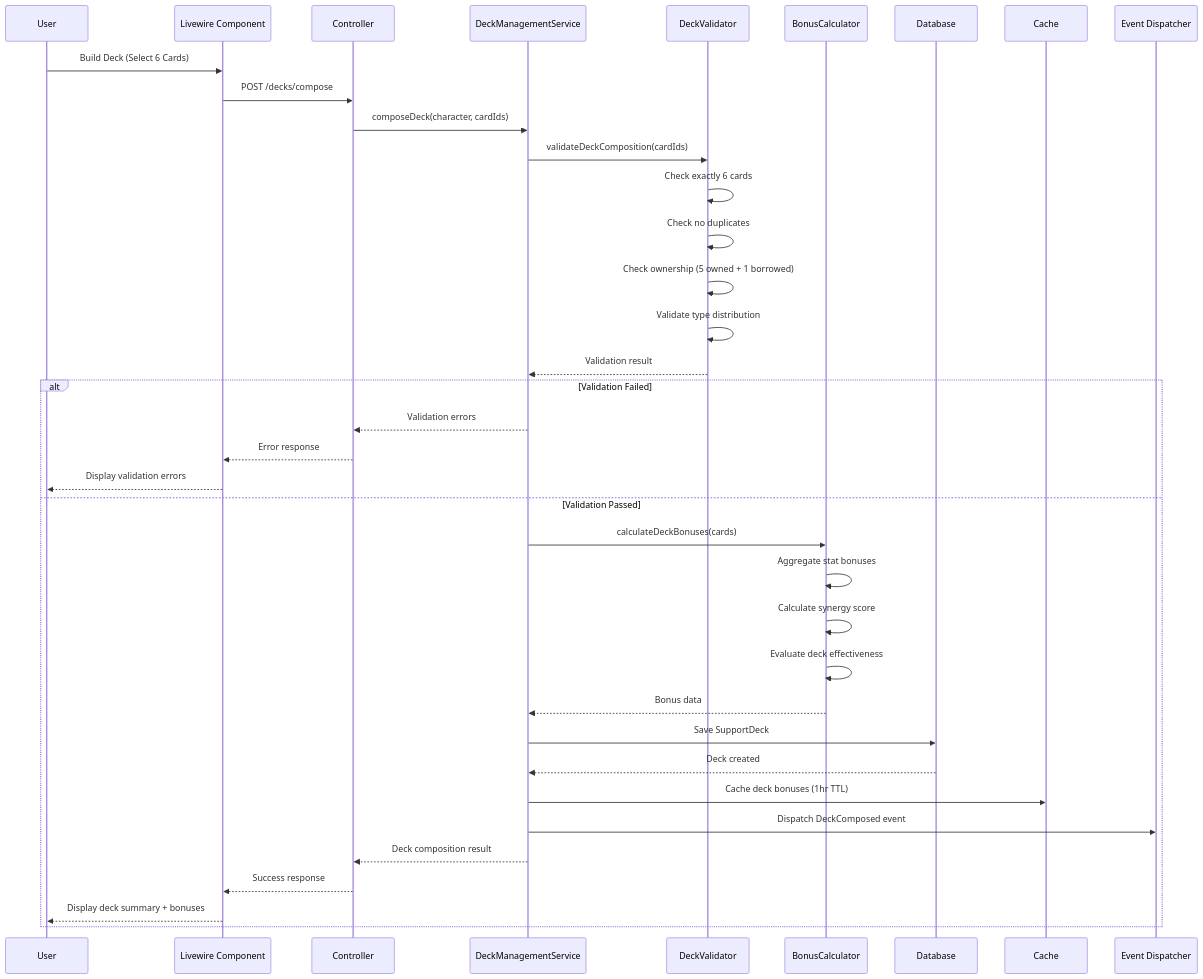
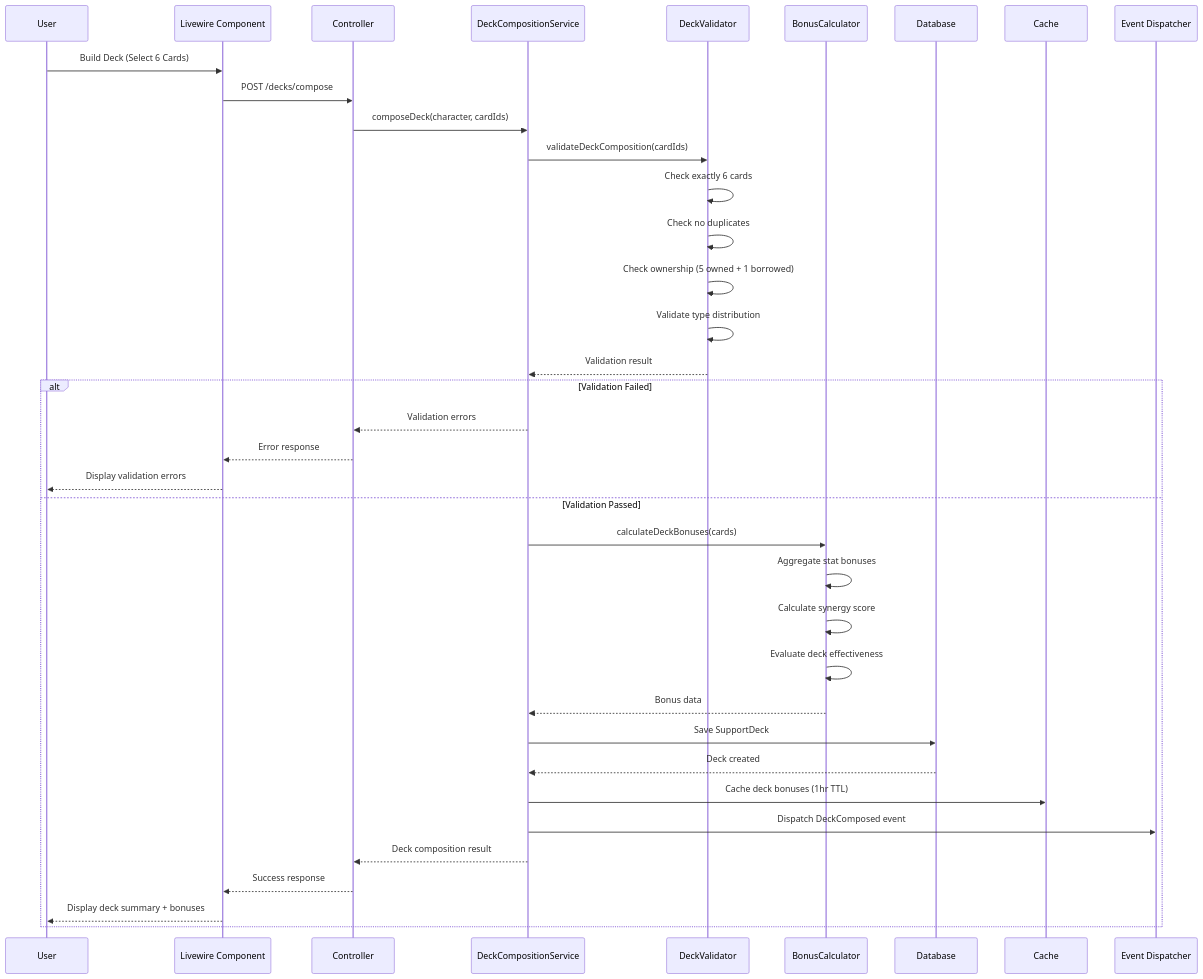
One commit to exatfrds67/umamusume-career-planner changed the second of 7 diagrams in docs/01-tech-flow/TECH-FLOW-005_Support_Card_Management_Flow.md. Above: the diagram before and after it, drawn with Mermaid. The commit also changed other lines of this file and 58 other files, not shown here.

Commit message:
docs(flow): fix markdownlint errors in diagrams, flows, sequences, tech-flow, user-flows, and wireframes

````diff
--- a/docs/01-tech-flow/TECH-FLOW-005_Support_Card_Management_Flow.md
+++ b/docs/01-tech-flow/TECH-FLOW-005_Support_Card_Management_Flow.md
@@ -130,45 +130,45 @@
 ```mermaid
 sequenceDiagram
     participant User
     participant UI as Livewire Component
     participant Controller
-    participant Service as DeckManagementService
+    participant Service as DeckCompositionService
     participant Validator as DeckValidator
     participant Calculator as BonusCalculator
     participant DB as Database
     participant Cache
     participant Event as Event Dispatcher
 
     User->>UI: Build Deck (Select 6 Cards)
     UI->>Controller: POST /decks/compose
     Controller->>Service: composeDeck(character, cardIds)
     
     Service->>Validator: validateDeckComposition(cardIds)
     Validator->>Validator: Check exactly 6 cards
     Validator->>Validator: Check no duplicates
     Validator->>Validator: Check ownership (5 owned + 1 borrowed)
     Validator->>Validator: Validate type distribution
     Validator-->>Service: Validation result
     
     alt Validation Failed
         Service-->>Controller: Validation errors
         Controller-->>UI: Error response
         UI-->>User: Display validation errors
     else Validation Passed
         Service->>Calculator: calculateDeckBonuses(cards)
         Calculator->>Calculator: Aggregate stat bonuses
         Calculator->>Calculator: Calculate synergy score
         Calculator->>Calculator: Evaluate deck effectiveness
         Calculator-->>Service: Bonus data
         
         Service->>DB: Save SupportDeck
         DB-->>Service: Deck created
         
         Service->>Cache: Cache deck bonuses (1hr TTL)
         Service->>Event: Dispatch DeckComposed event
         
         Service-->>Controller: Deck composition result
         Controller-->>UI: Success response
         UI-->>User: Display deck summary + bonuses
     end
 ```
````
